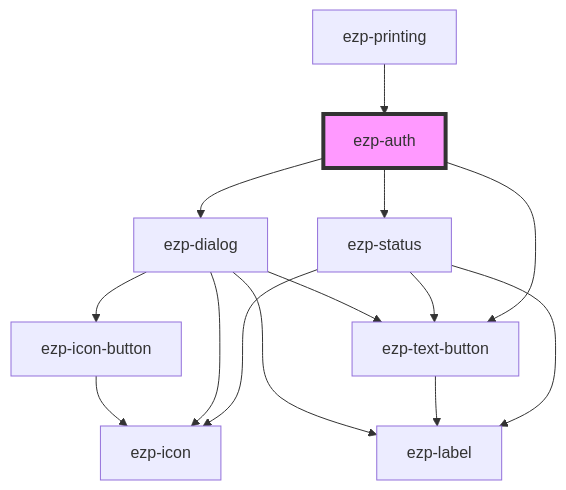
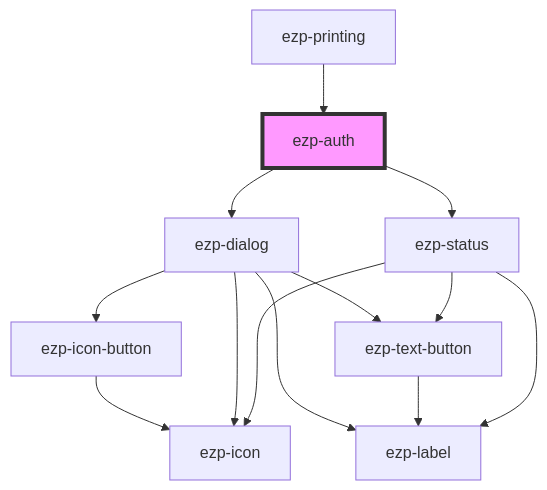
One commit to ezeep/ezeep-js changed the diagram in src/components/ezp-auth/readme.md. Above: the diagram before and after it, drawn with Mermaid. The commit also changed other lines of this file and 33 other files, not shown here.

First line of the commit message:
feat(ui): redesign print flow (Print Now upload + Drucken options)

````diff
--- a/src/components/ezp-auth/readme.md
+++ b/src/components/ezp-auth/readme.md
@@ -36,17 +38,16 @@
 ```mermaid
 graph TD;
   ezp-auth --> ezp-status
-  ezp-auth --> ezp-text-button
   ezp-auth --> ezp-dialog
   ezp-status --> ezp-icon
   ezp-status --> ezp-label
   ezp-status --> ezp-text-button
   ezp-text-button --> ezp-label
   ezp-dialog --> ezp-icon-button
   ezp-dialog --> ezp-icon
   ezp-dialog --> ezp-label
   ezp-dialog --> ezp-text-button
   ezp-icon-button --> ezp-icon
   ezp-printing --> ezp-auth
   style ezp-auth fill:#f9f,stroke:#333,stroke-width:4px
 ```
````
